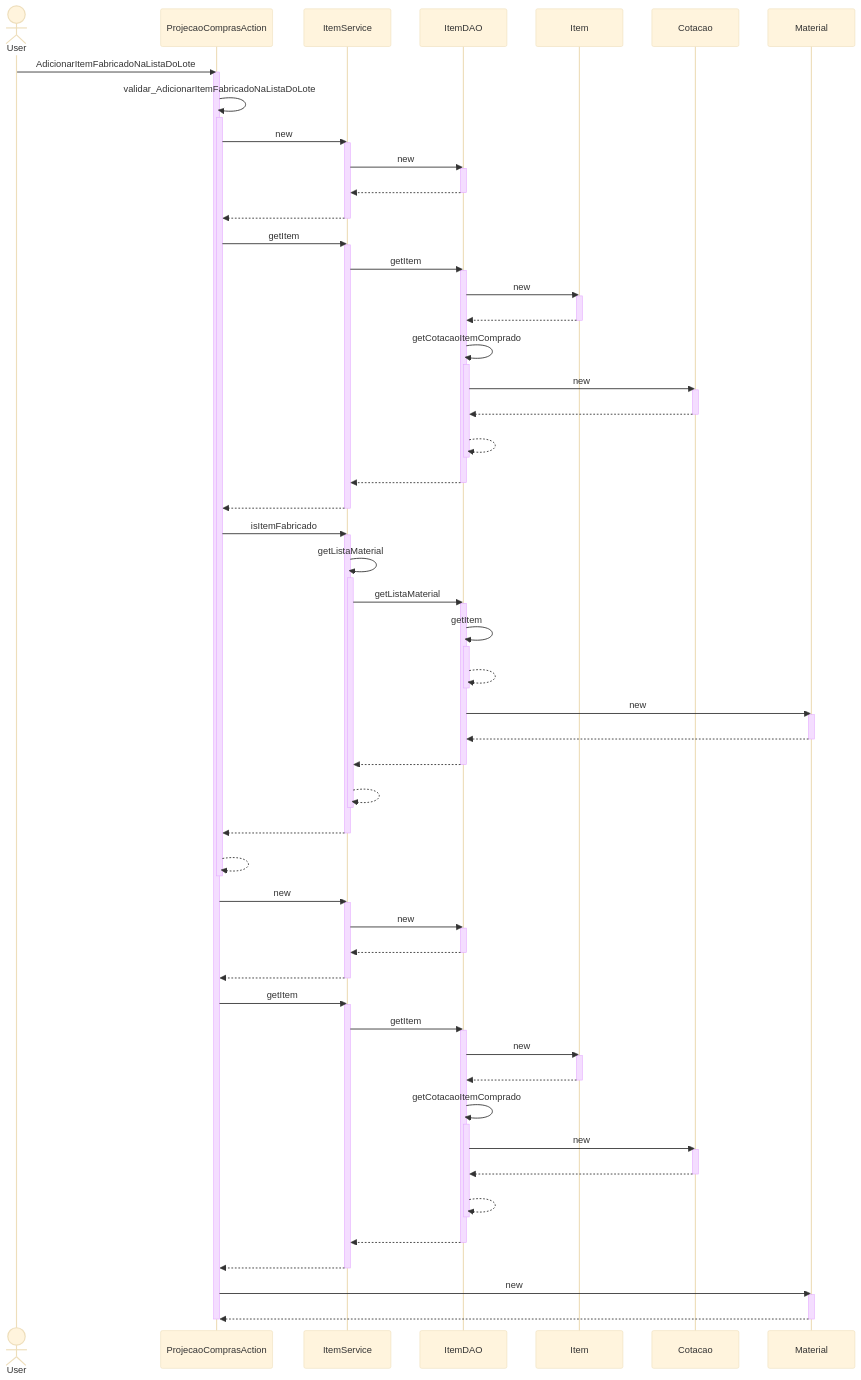
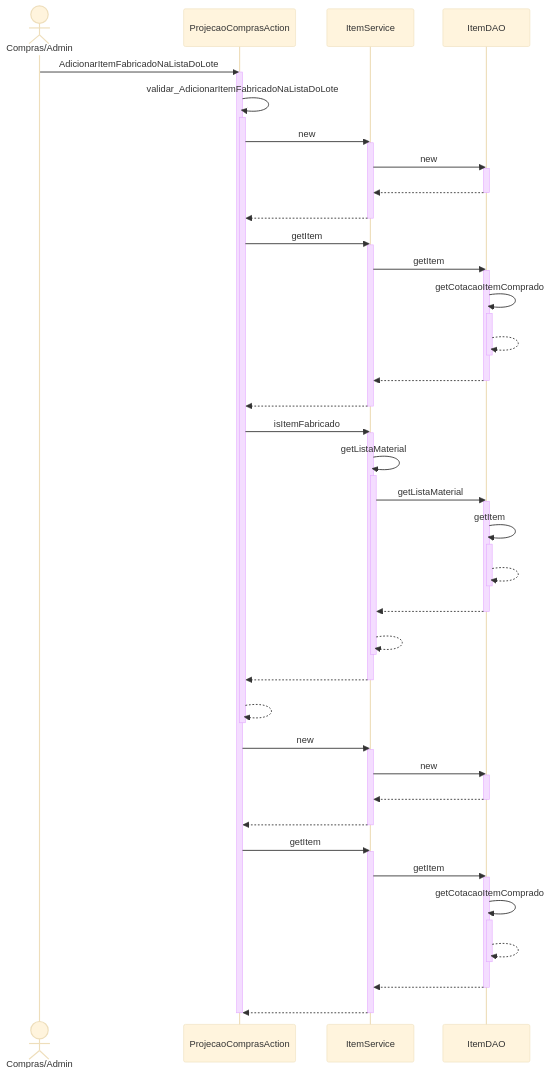
The diagram in DiagramaSequencia/Novo Diagrama Sequencia/Movimentacao/ProjecaoComprasAction_AdicionarItemFabricadoNaListaDoLote.mmd (branqsMRP/SequenceDiagram), drawn with Mermaid (base theme) before and after one commit. The commit also changed 7 other files, not shown here.

```diff
--- a/DiagramaSequencia/Novo Diagrama Sequencia/Movimentacao/ProjecaoComprasAction_AdicionarItemFabricadoNaListaDoLote.mmd
+++ b/DiagramaSequencia/Novo Diagrama Sequencia/Movimentacao/ProjecaoComprasAction_AdicionarItemFabricadoNaListaDoLote.mmd
@@ -1,89 +1,65 @@
 sequenceDiagram
-actor User
-User ->> ProjecaoComprasAction : AdicionarItemFabricadoNaListaDoLote
+actor CA as Compras/Admin
+CA ->> ProjecaoComprasAction : AdicionarItemFabricadoNaListaDoLote
 activate ProjecaoComprasAction
 ProjecaoComprasAction ->> ProjecaoComprasAction : validar_AdicionarItemFabricadoNaListaDoLote
 activate ProjecaoComprasAction
 ProjecaoComprasAction ->> ItemService : new
 activate ItemService
 ItemService ->> ItemDAO : new
 activate ItemDAO
 ItemDAO -->> ItemService : #32; 
 deactivate ItemDAO
 ItemService -->> ProjecaoComprasAction : #32; 
 deactivate ItemService
 ProjecaoComprasAction ->> ItemService : getItem
 activate ItemService
 ItemService ->> ItemDAO : getItem
 activate ItemDAO
-ItemDAO ->> Item : new
-activate Item
-Item -->> ItemDAO : #32; 
-deactivate Item
 ItemDAO ->> ItemDAO : getCotacaoItemComprado
 activate ItemDAO
-ItemDAO ->> Cotacao : new
-activate Cotacao
-Cotacao -->> ItemDAO : #32; 
-deactivate Cotacao
 ItemDAO -->> ItemDAO : #32; 
 deactivate ItemDAO
 ItemDAO -->> ItemService : #32; 
 deactivate ItemDAO
 ItemService -->> ProjecaoComprasAction : #32; 
 deactivate ItemService
 ProjecaoComprasAction ->> ItemService : isItemFabricado
 activate ItemService
 ItemService ->> ItemService : getListaMaterial
 activate ItemService
 ItemService ->> ItemDAO : getListaMaterial
 activate ItemDAO
 ItemDAO ->> ItemDAO : getItem
 activate ItemDAO
 ItemDAO -->> ItemDAO : #32; 
 deactivate ItemDAO
-ItemDAO ->> Material : new
-activate Material
-Material -->> ItemDAO : #32; 
-deactivate Material
 ItemDAO -->> ItemService : #32; 
 deactivate ItemDAO
 ItemService -->> ItemService : #32; 
 deactivate ItemService
 ItemService -->> ProjecaoComprasAction : #32; 
 deactivate ItemService
 ProjecaoComprasAction -->> ProjecaoComprasAction : #32; 
 deactivate ProjecaoComprasAction
 ProjecaoComprasAction ->> ItemService : new
 activate ItemService
 ItemService ->> ItemDAO : new
 activate ItemDAO
 ItemDAO -->> ItemService : #32; 
 deactivate ItemDAO
 ItemService -->> ProjecaoComprasAction : #32; 
 deactivate ItemService
 ProjecaoComprasAction ->> ItemService : getItem
 activate ItemService
 ItemService ->> ItemDAO : getItem
 activate ItemDAO
-ItemDAO ->> Item : new
-activate Item
-Item -->> ItemDAO : #32; 
-deactivate Item
 ItemDAO ->> ItemDAO : getCotacaoItemComprado
 activate ItemDAO
-ItemDAO ->> Cotacao : new
-activate Cotacao
-Cotacao -->> ItemDAO : #32; 
-deactivate Cotacao
 ItemDAO -->> ItemDAO : #32; 
 deactivate ItemDAO
 ItemDAO -->> ItemService : #32; 
 deactivate ItemDAO
 ItemService -->> ProjecaoComprasAction : #32; 
 deactivate ItemService
-ProjecaoComprasAction ->> Material : new
-activate Material
-Material -->> ProjecaoComprasAction : #32; 
-deactivate Material
 deactivate ProjecaoComprasAction
```
